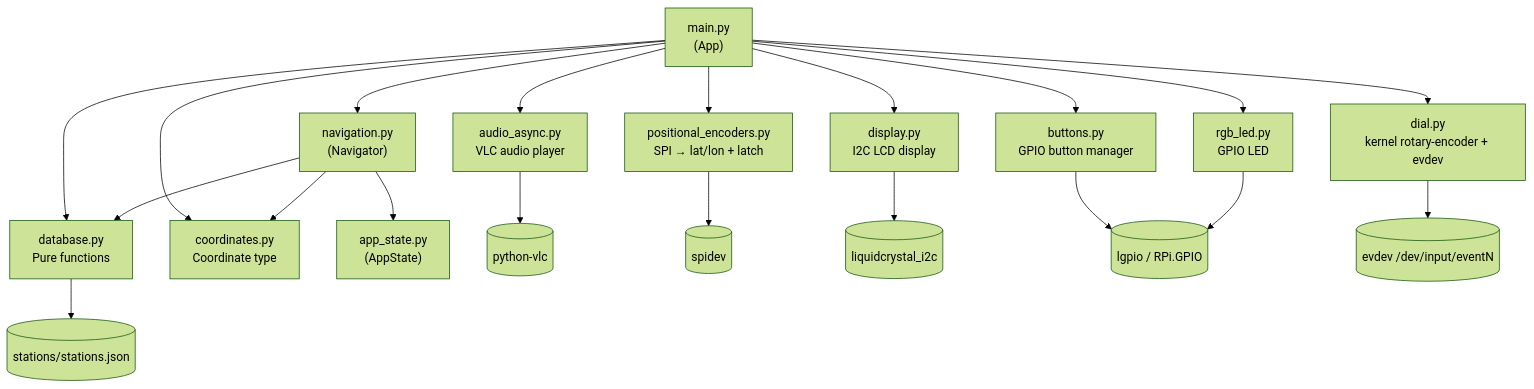
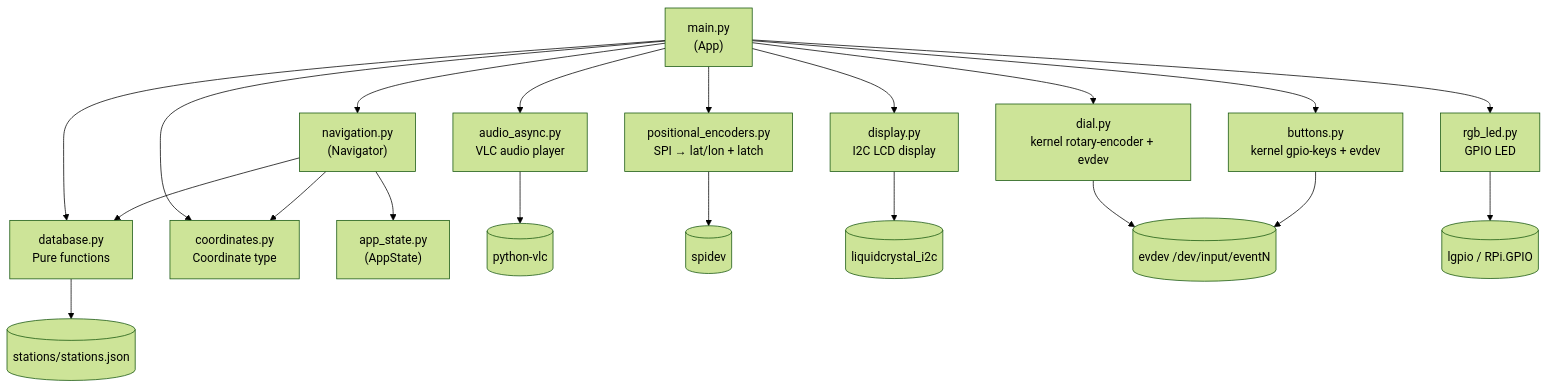
Before and after one commit to milnepe/RadioGlobe: the diagram in ARCHITECTURE.md, drawn with Mermaid (forest theme). The commit also changed other lines of this file and 8 other files, not shown here.

````diff
--- a/ARCHITECTURE.md
+++ b/ARCHITECTURE.md
@@ -141,26 +141,26 @@
 ```mermaid
 graph TD
     main["main.py\n(App)"]
 
     main --> positional["positional_encoders.py\nSPI → lat/lon + latch"]
     main --> dial["dial.py\nkernel rotary-encoder + evdev"]
-    main --> buttons["buttons.py\nGPIO button manager"]
+    main --> buttons["buttons.py\nkernel gpio-keys + evdev"]
     main --> display["display.py\nI2C LCD display"]
     main --> led["rgb_led.py\nGPIO LED"]
     main --> audio["audio_async.py\nVLC audio player"]
     main --> nav["navigation.py\n(Navigator)"]
     main --> database["database.py\nPure functions"]
     main --> coordinates["coordinates.py\nCoordinate type"]
 
     nav --> appstate["app_state.py\n(AppState)"]
     nav --> database
     nav --> coordinates
 
     database --> stations[("stations/stations.json")]
     audio --> vlc[("python-vlc")]
     positional --> spidev[("spidev")]
     display --> i2c[("liquidcrystal_i2c")]
-    buttons --> gpio[("lgpio / RPi.GPIO")]
     dial --> input[("evdev /dev/input/eventN")]
-    led --> gpio
+    buttons --> input
+    led --> gpio[("lgpio / RPi.GPIO")]
 ```
````
